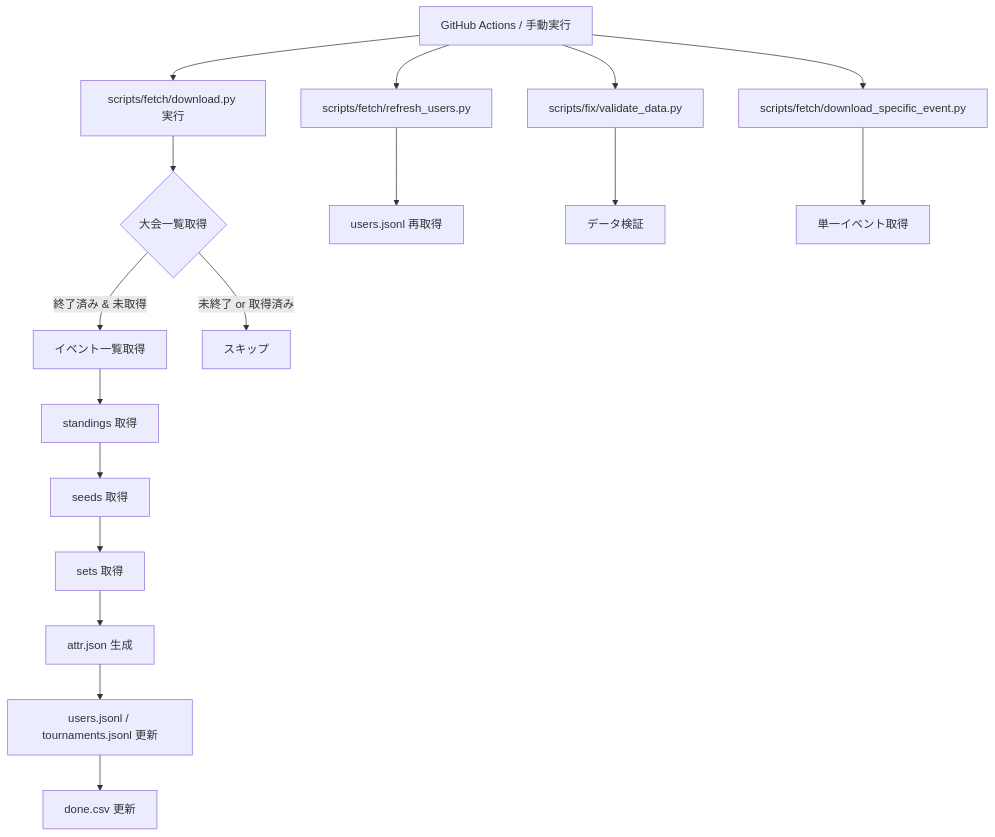
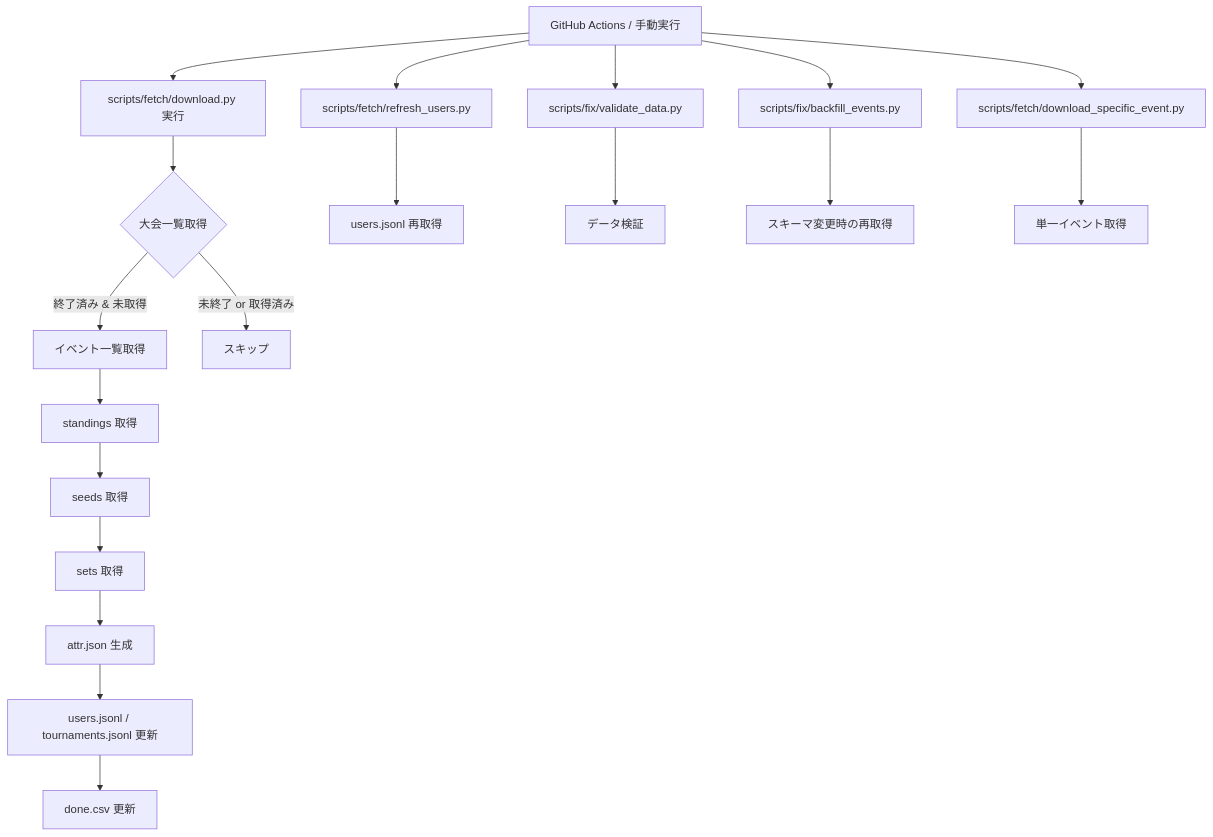
One commit to tosakazu/smash_database changed the diagram in Document/flow.md. Above: the diagram before and after it, drawn with Mermaid. The commit also changed 2 other files, not shown here.

Commit message:
backfillの実装

````diff
--- a/Document/flow.md
+++ b/Document/flow.md
@@ -4,23 +4,26 @@
 ```mermaid
 flowchart TD
     A[GitHub Actions / 手動実行] --> B[scripts/fetch/download.py 実行]
     B --> C{大会一覧取得}
     C -->|終了済み & 未取得| D[イベント一覧取得]
     D --> E[standings 取得]
     E --> F[seeds 取得]
     F --> G[sets 取得]
     G --> H[attr.json 生成]
     H --> I[users.jsonl / tournaments.jsonl 更新]
     I --> J[done.csv 更新]
 
     C -->|未終了 or 取得済み| K[スキップ]
 
     A --> L[scripts/fetch/refresh_users.py]
     L --> M[users.jsonl 再取得]
 
     A --> N[scripts/fix/validate_data.py]
     N --> O[データ検証]
 
-    A --> P[scripts/fetch/download_specific_event.py]
-    P --> Q[単一イベント取得]
+    A --> P[scripts/fix/backfill_events.py]
+    P --> Q[スキーマ変更時の再取得]
+
+    A --> R[scripts/fetch/download_specific_event.py]
+    R --> S[単一イベント取得]
 ```
````
